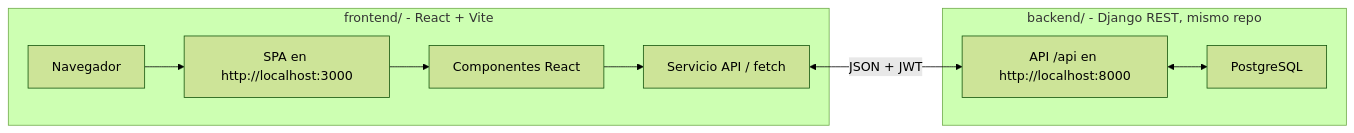
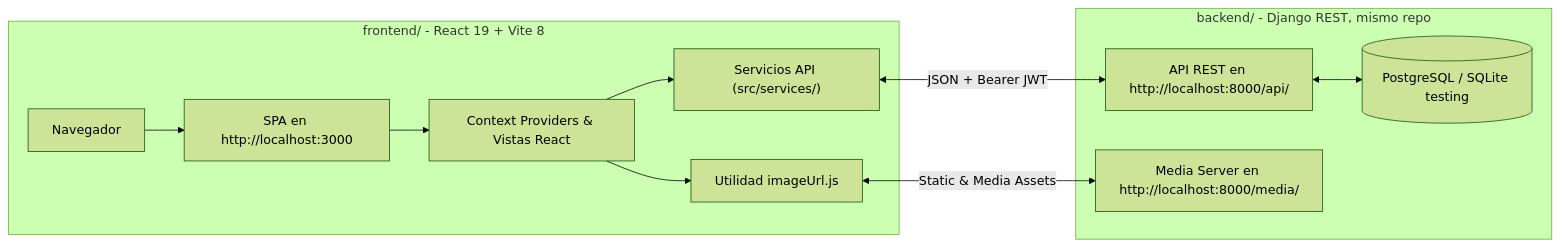
One commit to AgusValdebenito/Programacion-I-Proyecto changed the first of 2 diagrams in docs/diagrama.md. Above: the diagram before and after it, drawn with Mermaid (forest theme). The commit also changed other lines of this file and 4 other files, not shown here.

````diff
--- a/docs/diagrama.md
+++ b/docs/diagrama.md
@@ -7,16 +7,19 @@
 ```mermaid
 flowchart LR
-    subgraph Frontend[frontend/ - React + Vite]
-        A[Navegador] --> B[SPA en http://localhost:3000]
-        B --> C[Componentes React]
-        C --> D[Servicio API / fetch]
+    subgraph Frontend["frontend/ - React 19 + Vite 8"]
+        A[Navegador] --> B["SPA en http://localhost:3000"]
+        B --> C[Context Providers & Vistas React]
+        C --> D["Servicios API (src/services/)"]
+        C --> IMG_UTIL["Utilidad imageUrl.js"]
     end
 
-    subgraph Backend[backend/ - Django REST, mismo repo]
-        E[API /api en http://localhost:8000]
-        F[PostgreSQL]
+    subgraph Backend["backend/ - Django REST, mismo repo"]
+        E["API REST en http://localhost:8000/api/"]
+        MEDIA["Media Server en http://localhost:8000/media/"]
+        F[(PostgreSQL / SQLite testing)]
     end
 
-    D <-->|JSON + JWT| E
+    D <-->|JSON + Bearer JWT| E
+    IMG_UTIL <-->|Static & Media Assets| MEDIA
     E <--> F
 ```
````
